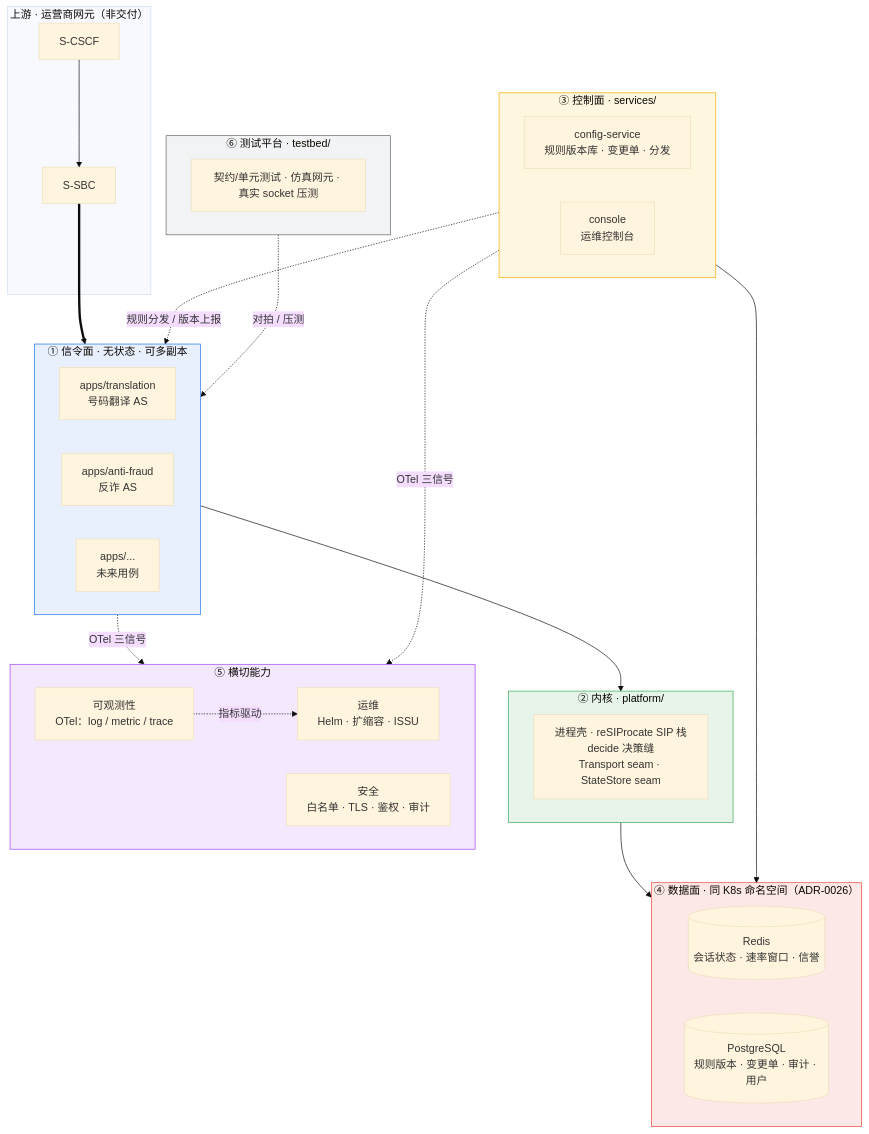
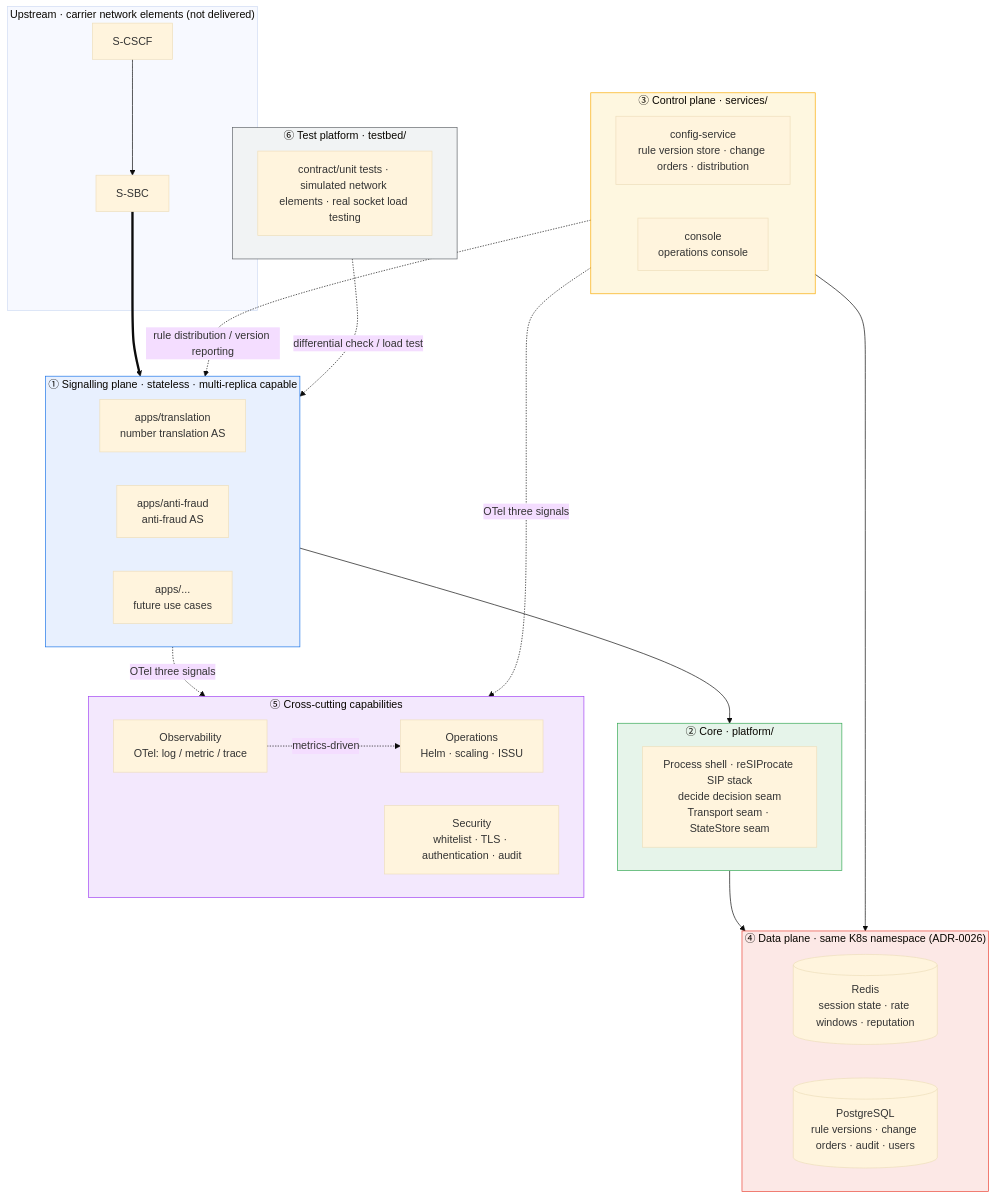
One commit to dolanshu/inhouse-ims-as changed the second of 4 diagrams in docs/handoff/pre-m8-demo-review-plan.md. Above: the diagram before and after it, drawn with Mermaid (base theme). The commit also changed other lines of this file and 186 other files, not shown here.

````diff
--- a/docs/handoff/pre-m8-demo-review-plan.md
+++ b/docs/handoff/pre-m8-demo-review-plan.md
@@ -72,58 +72,58 @@
 ```mermaid
 flowchart TB
-    subgraph UP["上游 · 运营商网元（非交付）"]
+    subgraph UP["Upstream · carrier network elements (not delivered)"]
         SCSCF2["S-CSCF"]
         SSBC2["S-SBC"]
     end
 
-    subgraph SIG["① 信令面 · 无状态 · 可多副本"]
+    subgraph SIG["① Signalling plane · stateless · multi-replica capable"]
         direction LR
-        APP1["apps/translation<br/>号码翻译 AS"]
-        APP2["apps/anti-fraud<br/>反诈 AS"]
-        APPN["apps/...<br/>未来用例"]
+        APP1["apps/translation<br/>number translation AS"]
+        APP2["apps/anti-fraud<br/>anti-fraud AS"]
+        APPN["apps/...<br/>future use cases"]
     end
 
-    subgraph CORE["② 内核 · platform/"]
-        CORE1["进程壳 · reSIProcate SIP 栈<br/>decide 决策缝<br/>Transport seam · StateStore seam"]
+    subgraph CORE["② Core · platform/"]
+        CORE1["Process shell · reSIProcate SIP stack<br/>decide decision seam<br/>Transport seam · StateStore seam"]
     end
 
-    subgraph CTRL["③ 控制面 · services/"]
+    subgraph CTRL["③ Control plane · services/"]
         direction LR
-        CFG["config-service<br/>规则版本库 · 变更单 · 分发"]
-        CON["console<br/>运维控制台"]
+        CFG["config-service<br/>rule version store · change orders · distribution"]
+        CON["console<br/>operations console"]
     end
 
-    subgraph DATA["④ 数据面 · 同 K8s 命名空间（ADR-0026）"]
+    subgraph DATA["④ Data plane · same K8s namespace (ADR-0026)"]
         direction LR
-        REDIS[("Redis<br/>会话状态 · 速率窗口 · 信誉")]
-        PG[("PostgreSQL<br/>规则版本 · 变更单 · 审计 · 用户")]
+        REDIS[("Redis<br/>session state · rate windows · reputation")]
+        PG[("PostgreSQL<br/>rule versions · change orders · audit · users")]
     end
 
-    subgraph CROSS["⑤ 横切能力"]
+    subgraph CROSS["⑤ Cross-cutting capabilities"]
         direction LR
-        OBS["可观测性<br/>OTel：log / metric / trace"]
-        SEC["安全<br/>白名单 · TLS · 鉴权 · 审计"]
-        OPS["运维<br/>Helm · 扩缩容 · ISSU"]
+        OBS["Observability<br/>OTel: log / metric / trace"]
+        SEC["Security<br/>whitelist · TLS · authentication · audit"]
+        OPS["Operations<br/>Helm · scaling · ISSU"]
     end
 
-    subgraph TEST["⑥ 测试平台 · testbed/"]
-        TB1["契约/单元测试 · 仿真网元 · 真实 socket 压测"]
+    subgraph TEST["⑥ Test platform · testbed/"]
+        TB1["contract/unit tests · simulated network elements · real socket load testing"]
     end
 
     SCSCF2 --> SSBC2 ==> SIG
     SIG --> CORE
     CORE --> DATA
     CTRL --> DATA
-    CTRL -. "规则分发 / 版本上报" .-> SIG
-    SIG -. "OTel 三信号" .-> OBS
-    CTRL -. "OTel 三信号" .-> OBS
-    OBS -. "指标驱动" .-> OPS
-    TEST -. "对拍 / 压测" .-> SIG
+    CTRL -. "rule distribution / version reporting" .-> SIG
+    SIG -. "OTel three signals" .-> OBS
+    CTRL -. "OTel three signals" .-> OBS
+    OBS -. "metrics-driven" .-> OPS
+    TEST -. "differential check / load test" .-> SIG
 
     style SIG fill:#e8f0fe,stroke:#1a73e8
     style CORE fill:#e6f4ea,stroke:#34a853
     style CTRL fill:#fef7e0,stroke:#f9ab00
     style DATA fill:#fce8e6,stroke:#ea4335
     style CROSS fill:#f3e8fd,stroke:#a142f4
     style TEST fill:#f1f3f4,stroke:#5f6368
 ```
````
